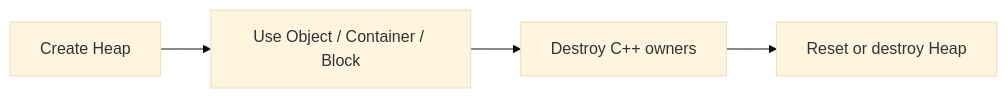
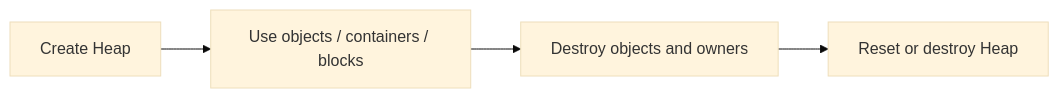
Before and after one commit to dugan-dev/UniMemory: the diagram in docs/guides/heap.md, drawn with Mermaid (base theme). The commit also changed other lines of this file and 44 other files, not shown here.

````diff
--- a/docs/guides/heap.md
+++ b/docs/guides/heap.md
@@ -43,6 +28,6 @@
 ```mermaid
 flowchart LR
-    A[Create Heap] --> B[Use Object / Container / Block]
-    B --> C[Destroy C++ owners]
+    A[Create Heap] --> B[Use objects / containers / blocks]
+    B --> C[Destroy objects and owners]
     C --> D[Reset or destroy Heap]
 ```
````
